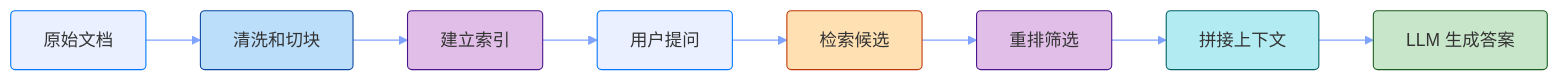
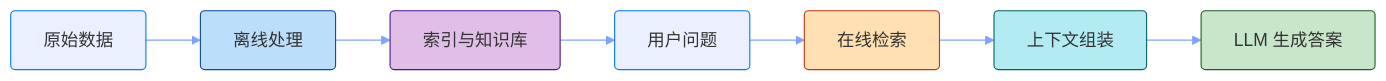
One commit to youngluo/thinking changed the first of 3 diagrams in apps/docs/experiences/Agent/RAG.md. Above: the diagram before and after it, drawn with Mermaid. The commit also changed other lines of this file and 15 other files, not shown here.

````diff
--- a/apps/docs/experiences/Agent/RAG.md
+++ b/apps/docs/experiences/Agent/RAG.md
@@ -103,20 +107,18 @@
 ```mermaid
 %%{init: {'themeVariables': {'lineColor': '#7fa3ff'}}}%%
 flowchart LR
-    A[原始文档] --> B[清洗和切块]
-    B --> C[建立索引]
-    C --> D[用户提问]
-    D --> E[检索候选]
-    E --> F[重排筛选]
-    F --> G[拼接上下文]
-    G --> H[LLM 生成答案]
+    A[原始数据] --> B[离线处理]
+    B --> C[索引与知识库]
+    C --> D[用户问题]
+    D --> E[在线检索]
+    E --> F[上下文组装]
+    F --> G[LLM 生成答案]
 
     style A fill:#7fa3ff29,stroke:#07f,stroke-width:1px,rx:4,ry:4
     style B fill:#bbdefb,stroke:#0d47a1,stroke-width:1px,rx:4,ry:4
     style C fill:#e1bee7,stroke:#4a148c,stroke-width:1px,rx:4,ry:4
     style D fill:#7fa3ff29,stroke:#07f,stroke-width:1px,rx:4,ry:4
     style E fill:#ffe0b2,stroke:#bf360c,stroke-width:1px,rx:4,ry:4
-    style F fill:#e1bee7,stroke:#4a148c,stroke-width:1px,rx:4,ry:4
-    style G fill:#b2ebf2,stroke:#006064,stroke-width:1px,rx:4,ry:4
-    style H fill:#c8e6c9,stroke:#1b5e20,stroke-width:1px,rx:4,ry:4
+    style F fill:#b2ebf2,stroke:#006064,stroke-width:1px,rx:4,ry:4
+    style G fill:#c8e6c9,stroke:#1b5e20,stroke-width:1px,rx:4,ry:4
 ```
````
